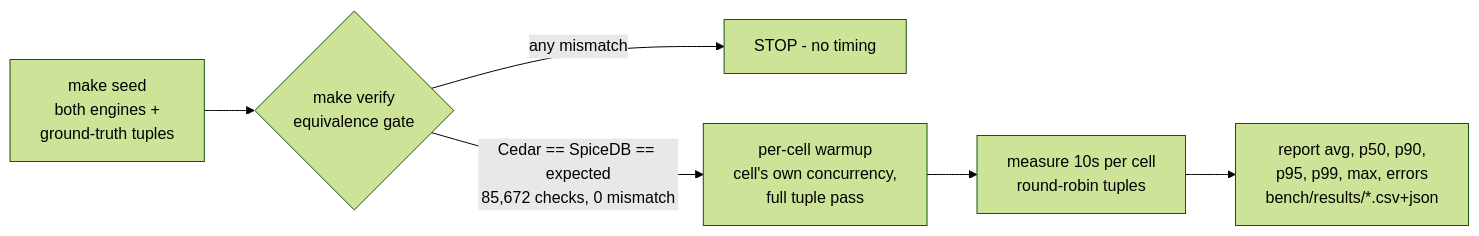
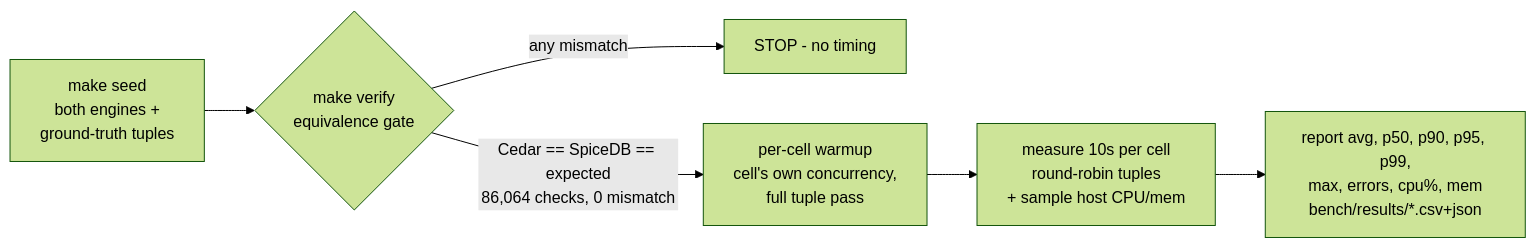
The diagram in docs/03-benchmark-results.md (ifundeasy/test-permission), drawn with Mermaid (forest theme) before and after one commit. The commit also changed other lines of this file and 43 other files, not shown here.

First line of the commit message:
feat: Cedar vs SpiceDB benchmark at 3M rows/model/engine (~35M combined)

````diff
--- a/docs/03-benchmark-results.md
+++ b/docs/03-benchmark-results.md
@@ -28,8 +28,8 @@
 ```mermaid
 flowchart LR
     A[make seed<br>both engines +<br>ground-truth tuples] --> B{make verify<br>equivalence gate}
     B -->|any mismatch| X[STOP - no timing]
-    B -->|"Cedar == SpiceDB == expected<br>85,672 checks, 0 mismatch"| C[per-cell warmup<br>cell's own concurrency,<br>full tuple pass]
-    C --> D[measure 10s per cell<br>round-robin tuples]
-    D --> E["report avg, p50, p90,<br>p95, p99, max, errors<br>bench/results/*.csv+json"]
+    B -->|"Cedar == SpiceDB == expected<br>86,064 checks, 0 mismatch"| C[per-cell warmup<br>cell's own concurrency,<br>full tuple pass]
+    C --> D[measure 10s per cell<br>round-robin tuples<br>+ sample host CPU/mem]
+    D --> E["report avg, p50, p90, p95, p99,<br>max, errors, cpu%, mem<br>bench/results/*.csv+json"]
 ```
````
